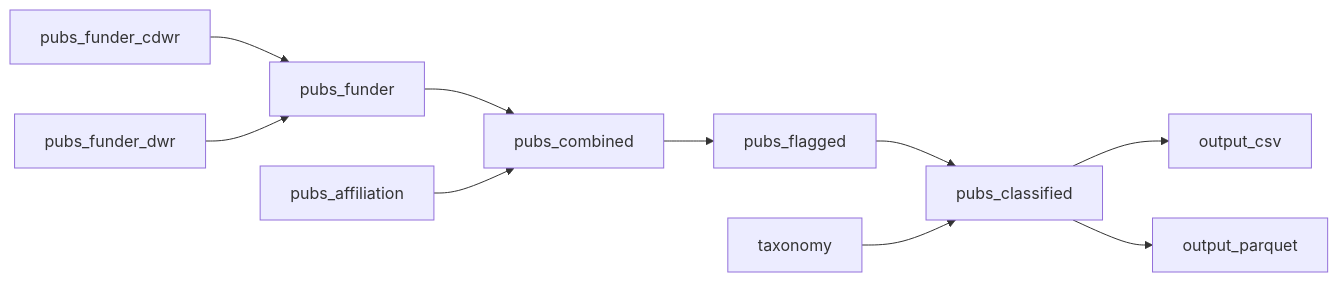
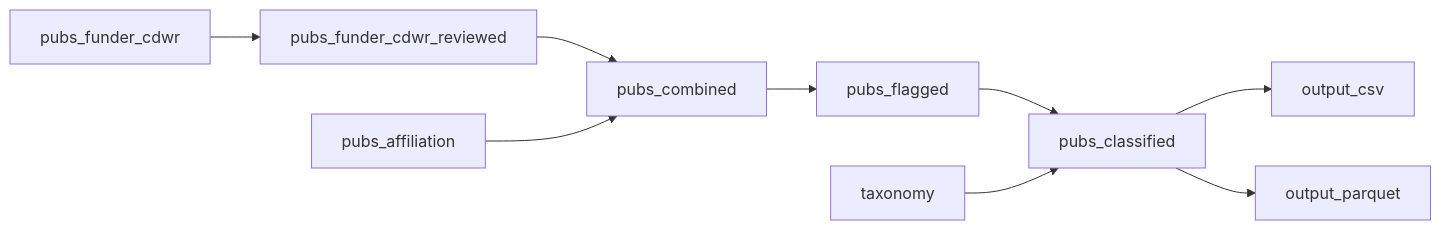
The diagram in PLAN.md (lucy-dwr/dwr-pub-inventory), drawn with Mermaid before and after one commit. The commit also changed other lines of this file and 4 other files, not shown here.

````diff
--- a/PLAN.md
+++ b/PLAN.md
@@ -53,12 +57,11 @@
 ```mermaid
 flowchart LR
-    pubs_funder_cdwr   --> pubs_funder
-    pubs_funder_dwr  --> pubs_funder
-    pubs_funder      --> pubs_combined
+    pubs_funder_cdwr   --> pubs_funder_cdwr_reviewed
+    pubs_funder_cdwr_reviewed --> pubs_combined
     pubs_affiliation --> pubs_combined
     pubs_combined    --> pubs_flagged
     pubs_flagged     --> pubs_classified
     taxonomy         --> pubs_classified
     pubs_classified  --> output_csv
     pubs_classified  --> output_parquet
 ```
````
